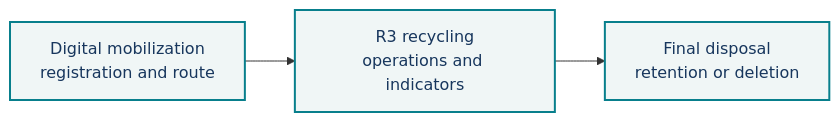
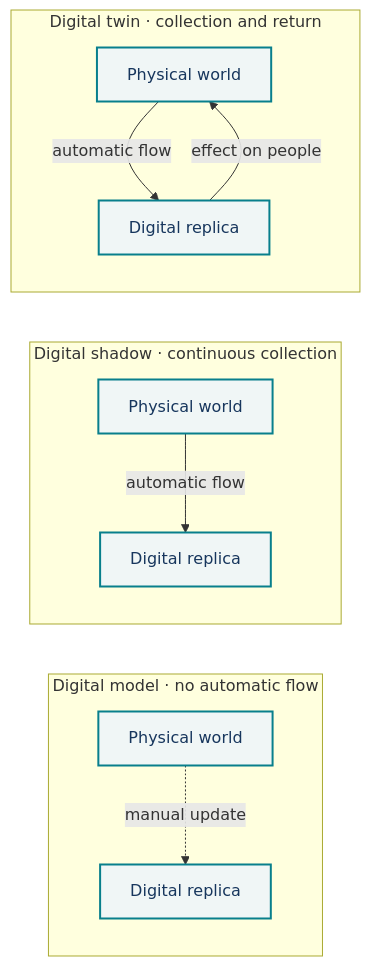
Before and after one commit to cadu-unb/_POS-PPCA-GPTI_2026-2: the third of 3 diagrams in _grupo/P3A/entregas/P3A_Privacidade2_Poster_EN.md, drawn with Mermaid. The commit also changed other lines of this file and 5 other files, not shown here.

````diff
--- a/_grupo/P3A/entregas/P3A_Privacidade2_Poster_EN.md
+++ b/_grupo/P3A/entregas/P3A_Privacidade2_Poster_EN.md
@@ -83,6 +87,15 @@
 ```mermaid
 flowchart LR
-    DM["Digital mobilization<br/>registration and route"] --> R3["R3 recycling<br/>operations and indicators"] --> FD["Final disposal<br/>retention or deletion"]
-    classDef case fill:#f0f6f6,stroke:#087f8c,stroke-width:2px,color:#17365d
-    class DM,R3,FD case
+    subgraph A["Digital model · no automatic flow"]
+        A1["Physical world"] -. "manual update" .-> A2["Digital replica"]
+    end
+    subgraph B["Digital shadow · continuous collection"]
+        B1["Physical world"] -- "automatic flow" --> B2["Digital replica"]
+    end
+    subgraph C["Digital twin · collection and return"]
+        C1["Physical world"] -- "automatic flow" --> C2["Digital replica"]
+        C2 -- "effect on people" --> C1
+    end
+    classDef replica fill:#f0f6f6,stroke:#087f8c,stroke-width:2px,color:#17365d
+    class A1,A2,B1,B2,C1,C2 replica
 ```
````
